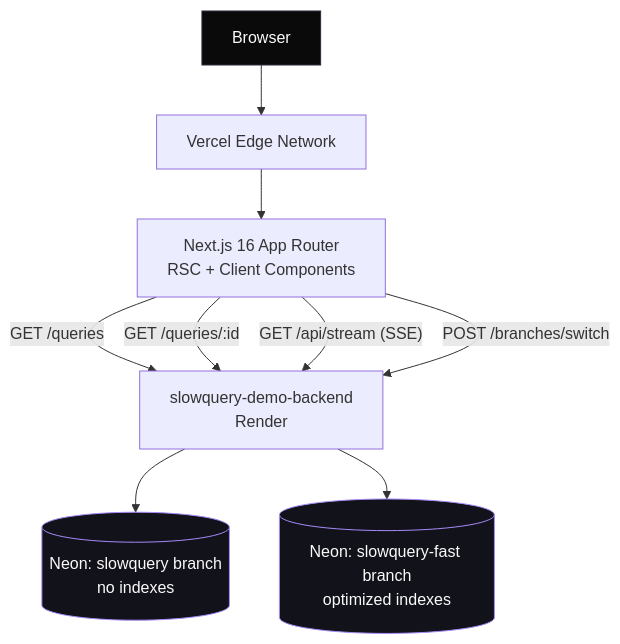
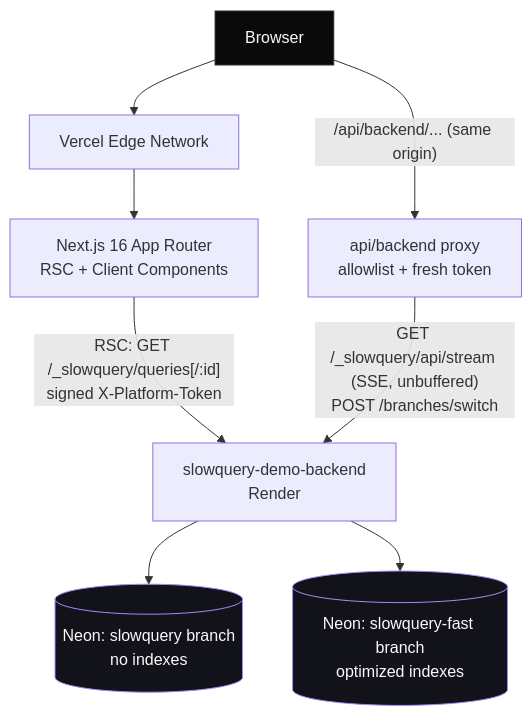
One commit to Abdul-Muizz1310/slowquery-dashboard-frontend changed the first of 4 diagrams in docs/ARCHITECTURE.md. Above: the diagram before and after it, drawn with Mermaid. The commit also changed other lines of this file and 36 other files, not shown here.

````diff
--- a/docs/ARCHITECTURE.md
+++ b/docs/ARCHITECTURE.md
@@ -7,17 +7,16 @@
 ```mermaid
 flowchart TD
     Browser[Browser] --> Vercel[Vercel Edge Network]
     Vercel --> Next[Next.js 16 App Router<br>RSC + Client Components]
 
-    Next -- "GET /queries" --> API[slowquery-demo-backend<br>Render]
-    Next -- "GET /queries/:id" --> API
-    Next -- "GET /api/stream (SSE)" --> API
-    Next -- "POST /branches/switch" --> API
+    Next -- "RSC: GET /_slowquery/queries[/:id]<br>signed X-Platform-Token" --> API[slowquery-demo-backend<br>Render]
+    Browser -- "/api/backend/... (same origin)" --> Proxy[api/backend proxy<br>allowlist + fresh token]
+    Proxy -- "GET /_slowquery/api/stream (SSE, unbuffered)<br>POST /branches/switch" --> API
 
     API --> Slow[(Neon: slowquery branch<br>no indexes)]
     API --> Fast[(Neon: slowquery-fast branch<br>optimized indexes)]
 
     style Browser fill:#0a0a0a,stroke:#2a2a3d,color:#fafafa
     style Slow fill:#12121a,stroke:#a78bfa,color:#fafafa
     style Fast fill:#12121a,stroke:#a78bfa,color:#fafafa
 ```
````
